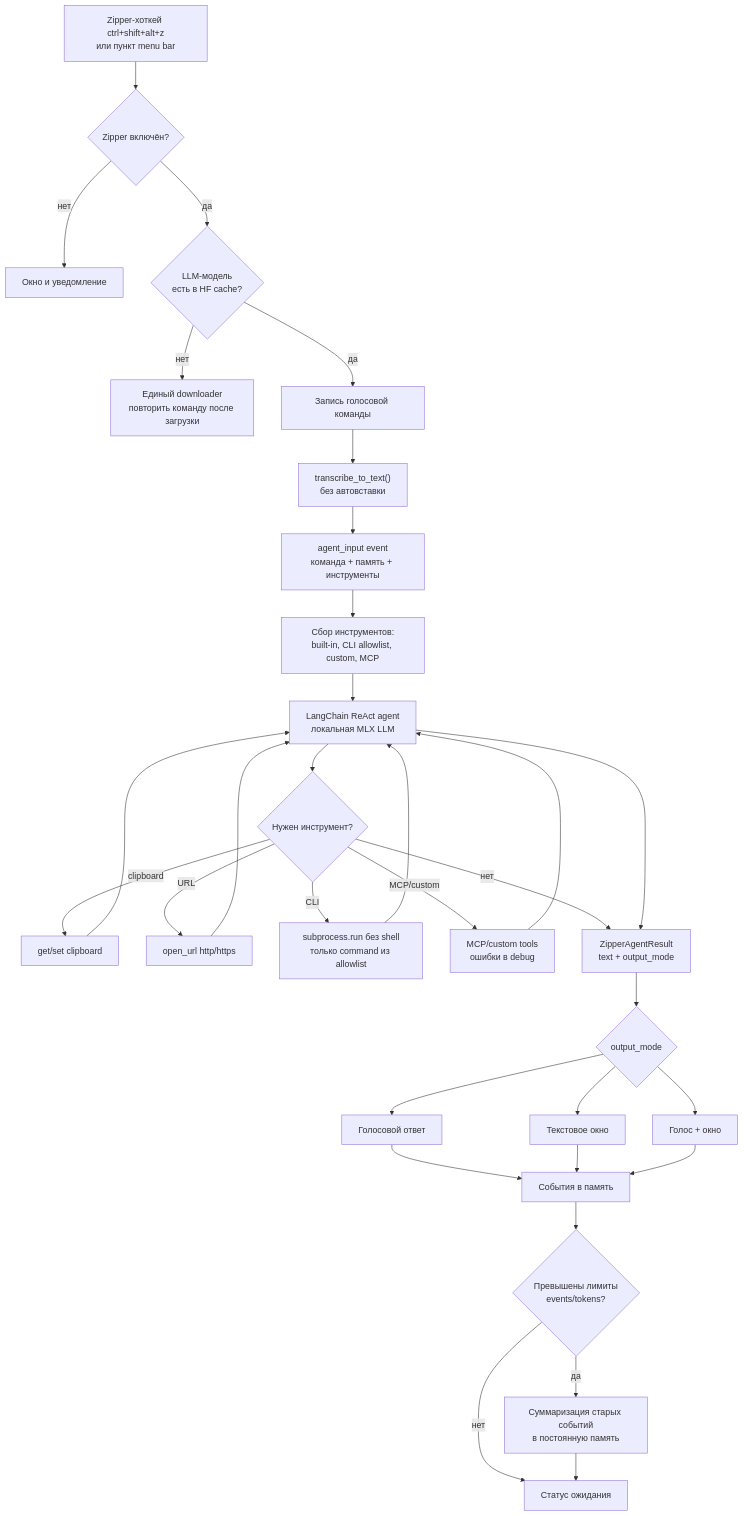
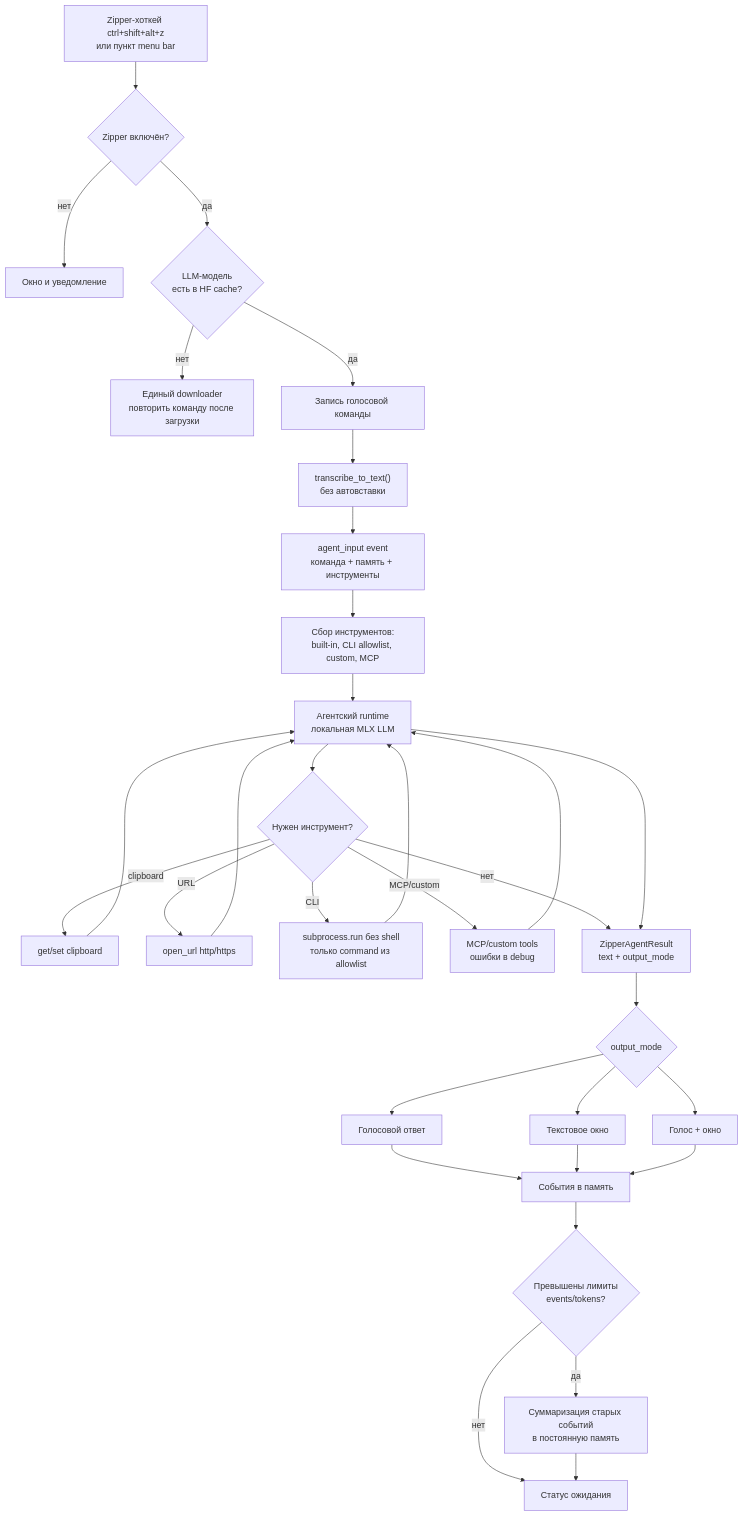
Before and after one commit to deniszagitov/mlx-whisper-dictation: the sixth of 7 diagrams in docs/data-flow.md, drawn with Mermaid. The commit also changed other lines of this file and 17 other files, not shown here.

````diff
--- a/docs/data-flow.md
+++ b/docs/data-flow.md
@@ -123,34 +123,34 @@
 ```mermaid
 flowchart TD
     Trigger["Zipper-хоткей ctrl+shift+alt+z<br/>или пункт menu bar"] --> Enabled{"Zipper включён?"}
     Enabled -->|нет| ErrorOff["Окно и уведомление"]
     Enabled -->|да| Cached{"LLM-модель<br/>есть в HF cache?"}
     Cached -->|нет| Download["Единый downloader<br/>повторить команду после загрузки"]
     Cached -->|да| Record["Запись голосовой команды"]
     Record --> ASR["transcribe_to_text()<br/>без автовставки"]
     ASR --> AgentInput["agent_input event<br/>команда + память + инструменты"]
     AgentInput --> Tools["Сбор инструментов:<br/>built-in, CLI allowlist, custom, MCP"]
-    Tools --> Agent["LangChain ReAct agent<br/>локальная MLX LLM"]
+    Tools --> Agent["Агентский runtime<br/>локальная MLX LLM"]
     Agent --> ToolCall{"Нужен инструмент?"}
     ToolCall -->|clipboard| Clipboard["get/set clipboard"]
     ToolCall -->|URL| URL["open_url http/https"]
     ToolCall -->|CLI| CLI["subprocess.run без shell<br/>только command из allowlist"]
     ToolCall -->|MCP/custom| ExternalTools["MCP/custom tools<br/>ошибки в debug"]
     Clipboard --> Agent
     URL --> Agent
     CLI --> Agent
     ExternalTools --> Agent
     ToolCall -->|нет| Result["ZipperAgentResult<br/>text + output_mode"]
     Agent --> Result
     Result --> Output{"output_mode"}
     Output --> Voice["Голосовой ответ"]
     Output --> Window["Текстовое окно"]
     Output --> Both["Голос + окно"]
     Voice --> Memory["События в память"]
     Window --> Memory
     Both --> Memory
     Memory --> Summarize{"Превышены лимиты<br/>events/tokens?"}
     Summarize -->|да| Summary["Суммаризация старых событий<br/>в постоянную память"]
     Summarize -->|нет| Idle["Статус ожидания"]
     Summary --> Idle
 ```
````
